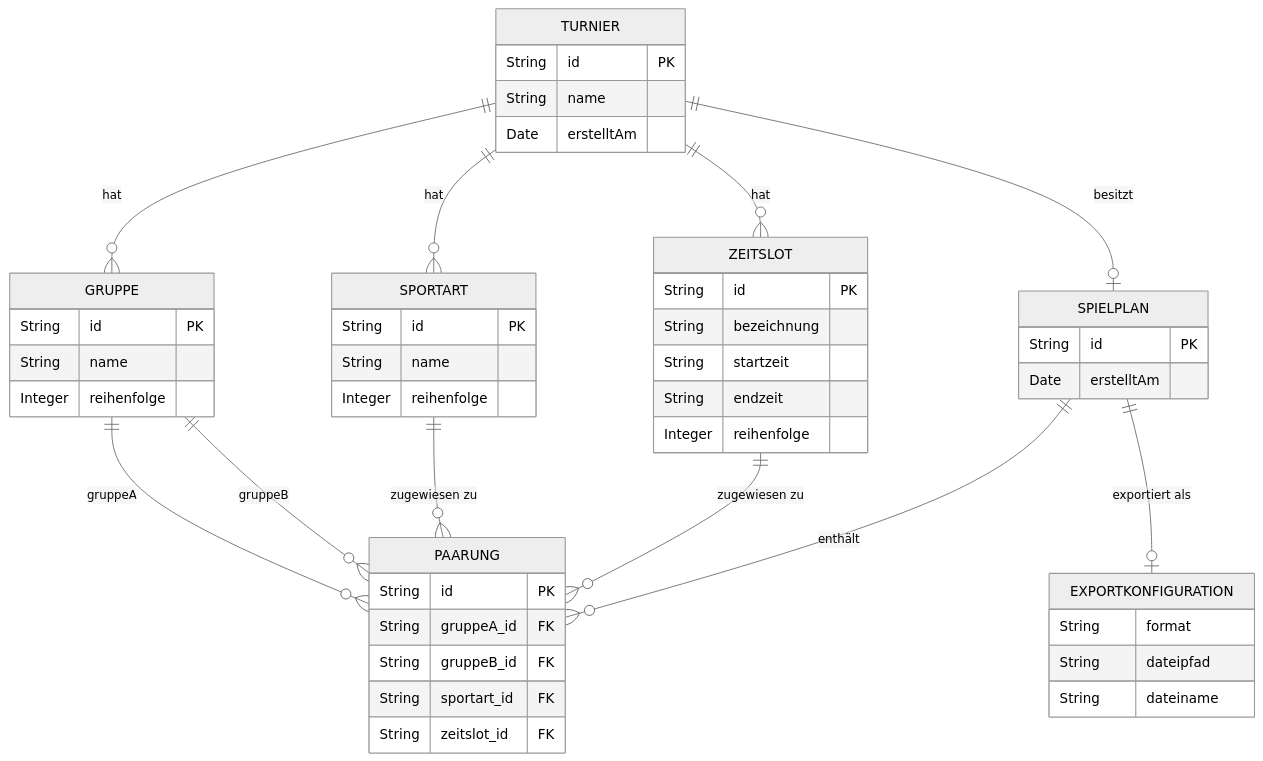
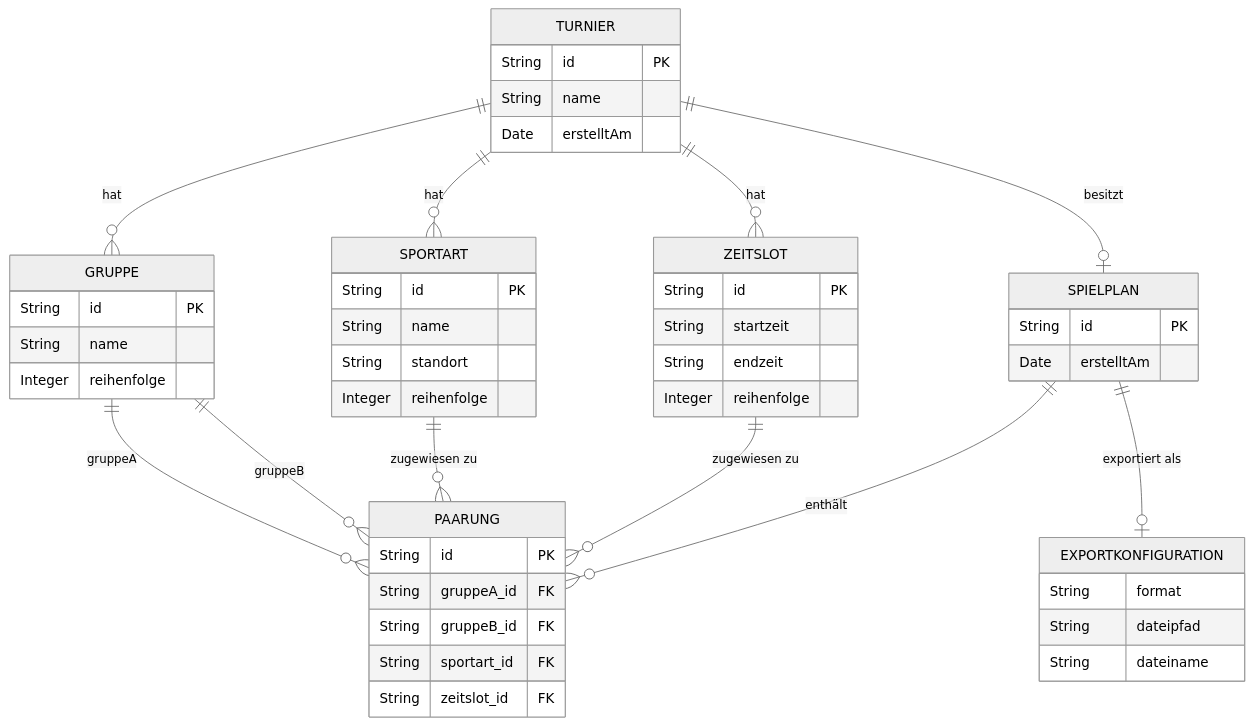
One commit to Lucelier/Tournament-Manager changed the diagram in tournament-planner/docs/data-model.md. Above: the diagram before and after it, drawn with Mermaid (neutral theme). The commit also changed other lines of this file and 38 other files, not shown here.

````diff
--- a/tournament-planner/docs/data-model.md
+++ b/tournament-planner/docs/data-model.md
@@ -11,52 +11,52 @@
 ```mermaid
 erDiagram
     TURNIER {
         String id PK
         String name
         Date erstelltAm
     }
     GRUPPE {
         String id PK
         String name
         Integer reihenfolge
     }
     SPORTART {
         String id PK
         String name
+        String standort
         Integer reihenfolge
     }
     ZEITSLOT {
         String id PK
-        String bezeichnung
         String startzeit
         String endzeit
         Integer reihenfolge
     }
     SPIELPLAN {
         String id PK
         Date erstelltAm
     }
     PAARUNG {
         String id PK
         String gruppeA_id FK
         String gruppeB_id FK
         String sportart_id FK
         String zeitslot_id FK
     }
     EXPORTKONFIGURATION {
         String format
         String dateipfad
         String dateiname
     }
 
     TURNIER ||--o{ GRUPPE : "hat"
     TURNIER ||--o{ SPORTART : "hat"
     TURNIER ||--o{ ZEITSLOT : "hat"
     TURNIER ||--o| SPIELPLAN : "besitzt"
     SPIELPLAN ||--o{ PAARUNG : "enthält"
     GRUPPE ||--o{ PAARUNG : "gruppeA"
     GRUPPE ||--o{ PAARUNG : "gruppeB"
     SPORTART ||--o{ PAARUNG : "zugewiesen zu"
     ZEITSLOT ||--o{ PAARUNG : "zugewiesen zu"
     SPIELPLAN ||--o| EXPORTKONFIGURATION : "exportiert als"
 ```
````
